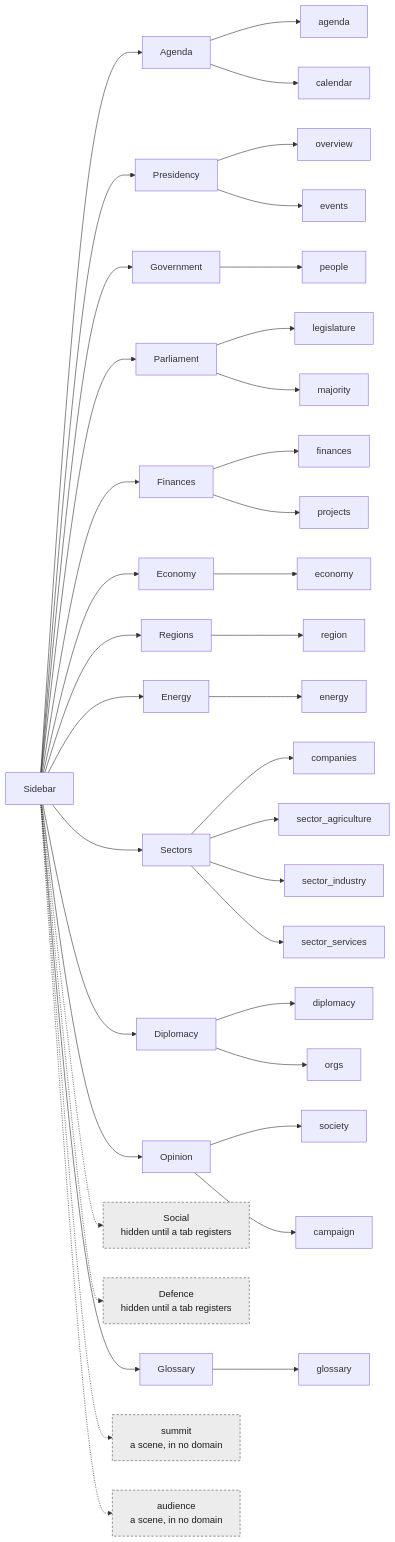
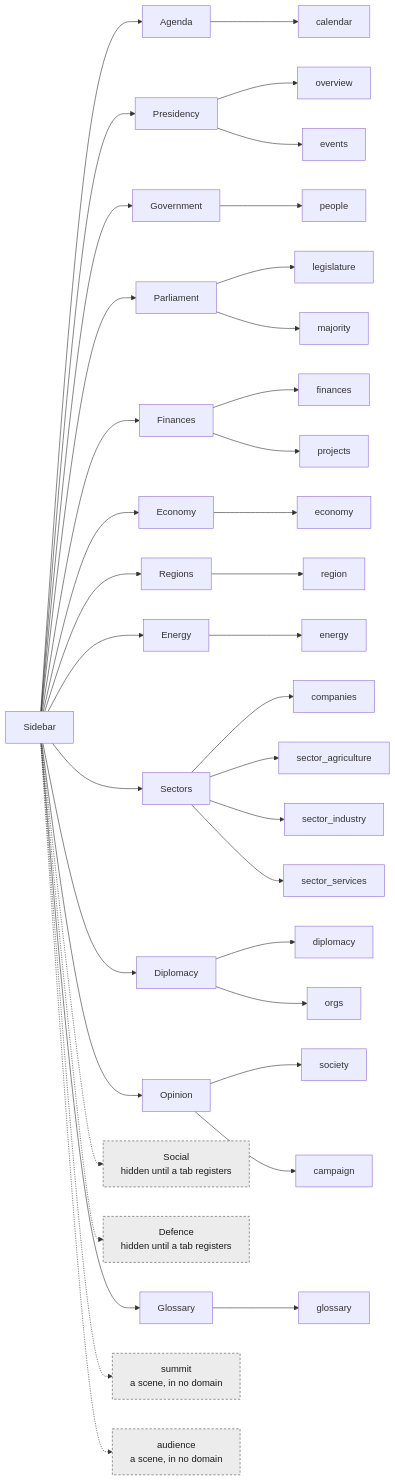
Before and after one commit to powerbassist/World-simulator: the diagram in docs/shell.md, drawn with Mermaid. The commit also changed 41 other files, not shown here.

````diff
--- a/docs/shell.md
+++ b/docs/shell.md
@@ -25,42 +25,41 @@
 ```mermaid
 flowchart LR
   sb["Sidebar"]
   sb --> d_agenda["Agenda"]
-  d_agenda --> t_agenda["agenda"]
   d_agenda --> t_calendar["calendar"]
   sb --> d_presidency["Presidency"]
   d_presidency --> t_overview["overview"]
   d_presidency --> t_events["events"]
   sb --> d_government["Government"]
   d_government --> t_people["people"]
   sb --> d_parliament["Parliament"]
   d_parliament --> t_legislature["legislature"]
   d_parliament --> t_majority["majority"]
   sb --> d_finances["Finances"]
   d_finances --> t_finances["finances"]
   d_finances --> t_projects["projects"]
   sb --> d_economy["Economy"]
   d_economy --> t_economy["economy"]
   sb --> d_territory["Regions"]
   d_territory --> t_region["region"]
   sb --> d_energy["Energy"]
   d_energy --> t_energy["energy"]
   sb --> d_sectors["Sectors"]
   d_sectors --> t_companies["companies"]
   d_sectors --> t_sector_agriculture["sector_agriculture"]
   d_sectors --> t_sector_industry["sector_industry"]
   d_sectors --> t_sector_services["sector_services"]
   sb --> d_diplomacy["Diplomacy"]
   d_diplomacy --> t_diplomacy["diplomacy"]
   d_diplomacy --> t_orgs["orgs"]
   sb --> d_opinion["Opinion"]
   d_opinion --> t_society["society"]
   d_opinion --> t_campaign["campaign"]
   sb -.-> d_social["Social<br/>hidden until a tab registers"]:::hidden
   sb -.-> d_defence["Defence<br/>hidden until a tab registers"]:::hidden
   sb --> d_glossary["Glossary"]
   d_glossary --> t_glossary["glossary"]
   sb -.-> s_summit["summit<br/>a scene, in no domain"]:::hidden
   sb -.-> s_audience["audience<br/>a scene, in no domain"]:::hidden
   classDef hidden stroke-dasharray:4 3,fill:#ececec,stroke:#555,color:#1a1a1a
 ```
````
